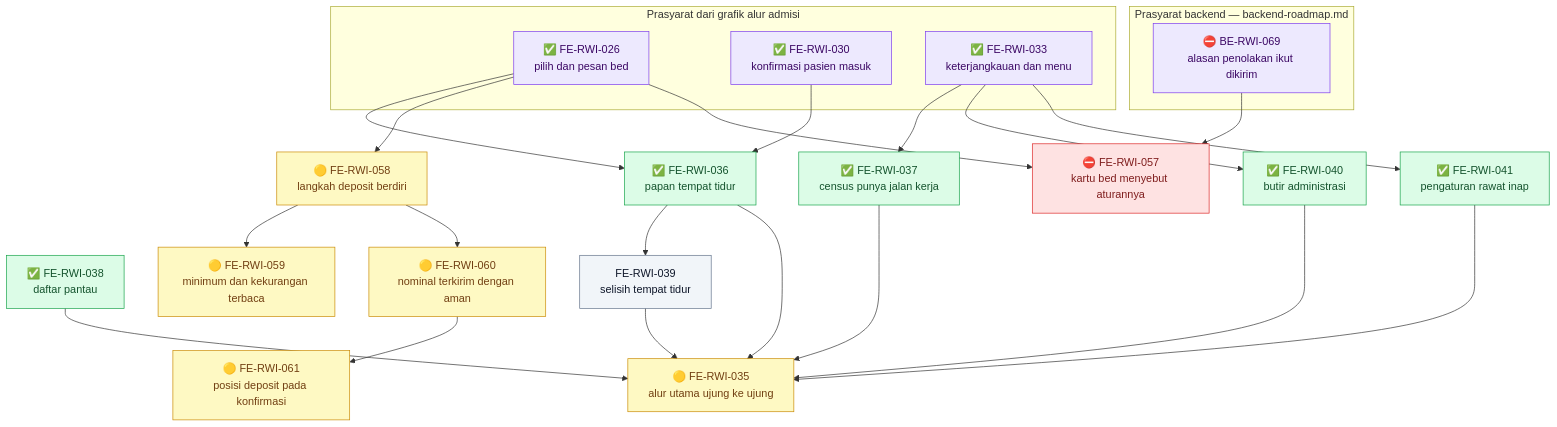
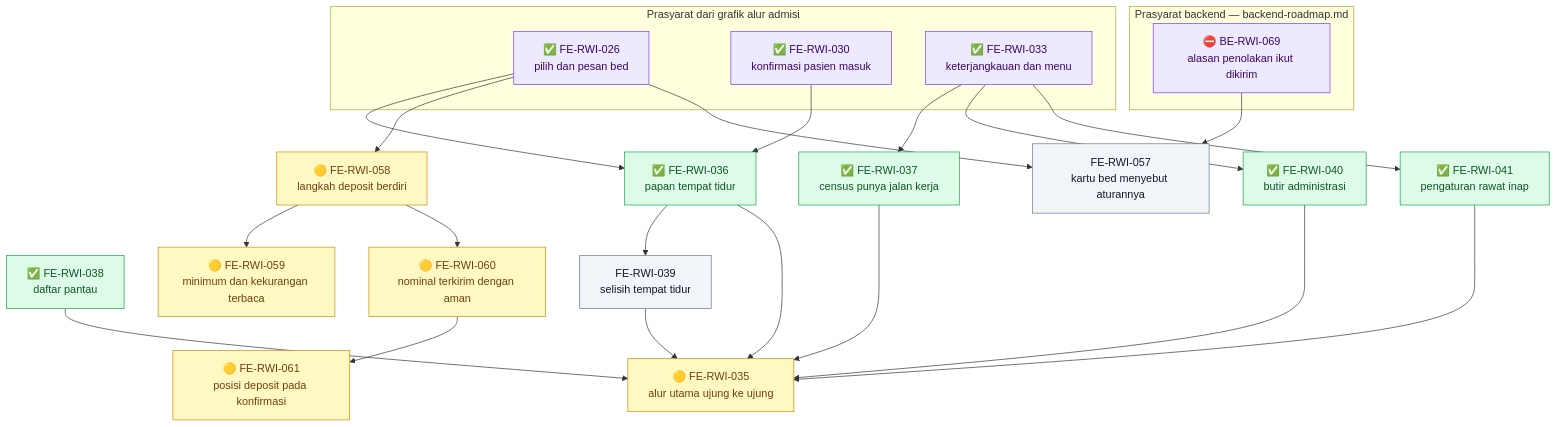
One commit to DevBenari/NewQuilvianSystemBackend changed the second of 3 diagrams in docs/module-blueprints/rawat-inap/episode-rawat-inap/roadmap/frontend-roadmap.md. Above: the diagram before and after it, drawn with Mermaid. The commit also changed other lines of this file and 1 other file, not shown here.

````diff
--- a/docs/module-blueprints/rawat-inap/episode-rawat-inap/roadmap/frontend-roadmap.md
+++ b/docs/module-blueprints/rawat-inap/episode-rawat-inap/roadmap/frontend-roadmap.md
@@ -141,50 +141,50 @@
 ```mermaid
 flowchart TD
     classDef selesai fill:#DCFCE7,stroke:#16A34A,color:#14532D
     classDef sebagian fill:#FEF9C3,stroke:#CA8A04,color:#713F12
     classDef terblokir fill:#FEE2E2,stroke:#DC2626,color:#7F1D1D
     classDef belum fill:#F1F5F9,stroke:#64748B,color:#0F172A
     classDef luar fill:#EDE9FE,stroke:#7C3AED,color:#3B0764
 
     subgraph backend["Prasyarat backend — backend-roadmap.md"]
         BE069["⛔ BE-RWI-069<br/>alasan penolakan ikut dikirim"]:::luar
     end
 
     subgraph alur["Prasyarat dari grafik alur admisi"]
         FE026x["✅ FE-RWI-026<br/>pilih dan pesan bed"]:::luar
         FE030x["✅ FE-RWI-030<br/>konfirmasi pasien masuk"]:::luar
         FE033x["✅ FE-RWI-033<br/>keterjangkauan dan menu"]:::luar
     end
 
     FE036["✅ FE-RWI-036<br/>papan tempat tidur"]:::selesai
     FE037["✅ FE-RWI-037<br/>census punya jalan kerja"]:::selesai
     FE038["✅ FE-RWI-038<br/>daftar pantau"]:::selesai
     FE039["FE-RWI-039<br/>selisih tempat tidur"]:::belum
     FE040["✅ FE-RWI-040<br/>butir administrasi"]:::selesai
     FE041["✅ FE-RWI-041<br/>pengaturan rawat inap"]:::selesai
     FE035["🟡 FE-RWI-035<br/>alur utama ujung ke ujung"]:::sebagian
     FE042["🟡 FE-RWI-058<br/>langkah deposit berdiri"]:::sebagian
     FE043["🟡 FE-RWI-059<br/>minimum dan kekurangan terbaca"]:::sebagian
     FE044["🟡 FE-RWI-060<br/>nominal terkirim dengan aman"]:::sebagian
     FE045["🟡 FE-RWI-061<br/>posisi deposit pada konfirmasi"]:::sebagian
-    FE057["⛔ FE-RWI-057<br/>kartu bed menyebut aturannya"]:::terblokir
+    FE057["FE-RWI-057<br/>kartu bed menyebut aturannya"]:::belum
 
     FE026x --> FE036
     FE030x --> FE036
     FE033x --> FE037
     FE033x --> FE040
     FE033x --> FE041
     FE036 --> FE039
     FE036 --> FE035
     FE037 --> FE035
     FE038 --> FE035
     FE039 --> FE035
     FE040 --> FE035
     FE041 --> FE035
     FE026x --> FE042
     FE042 --> FE043
     FE042 --> FE044
     FE044 --> FE045
     FE026x --> FE057
     BE069 --> FE057
 ```
````
